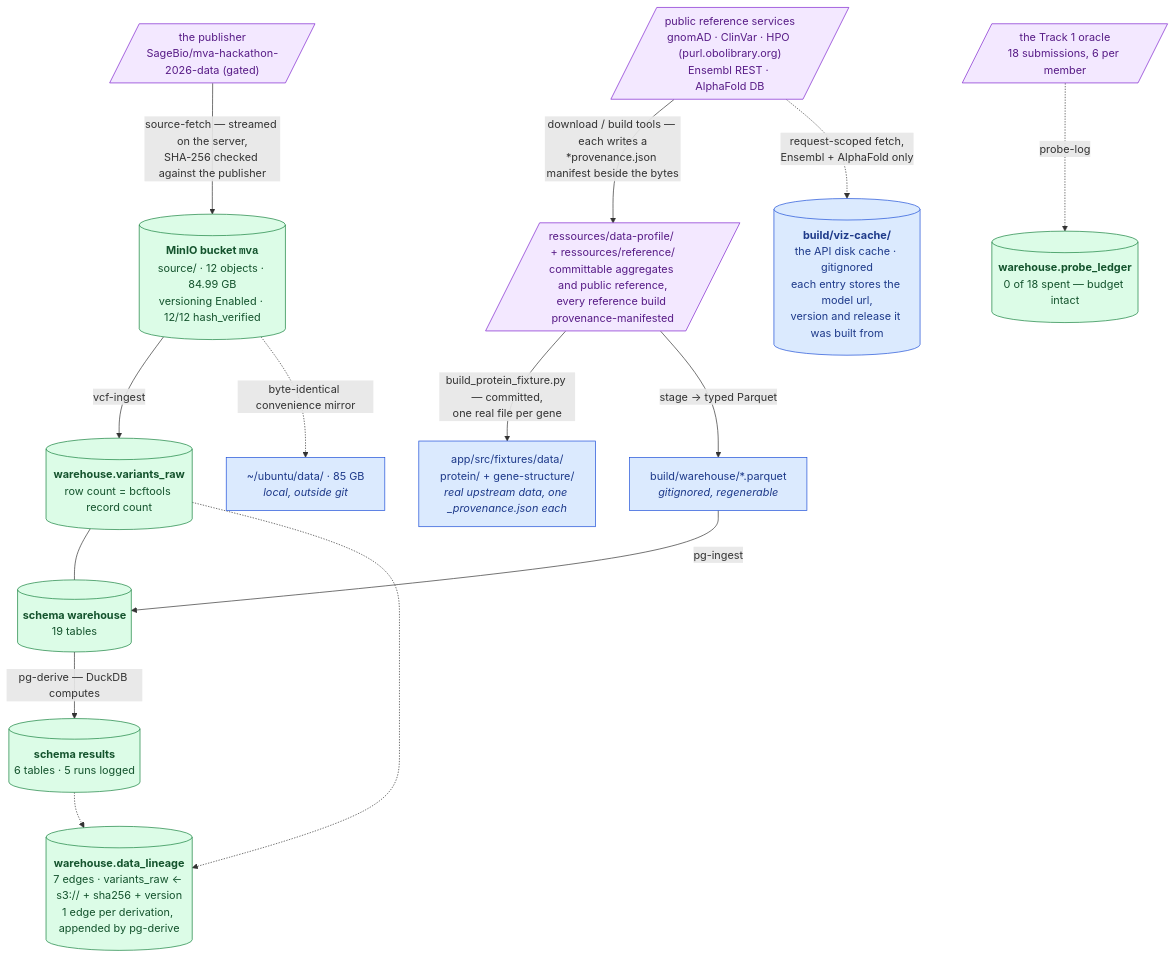
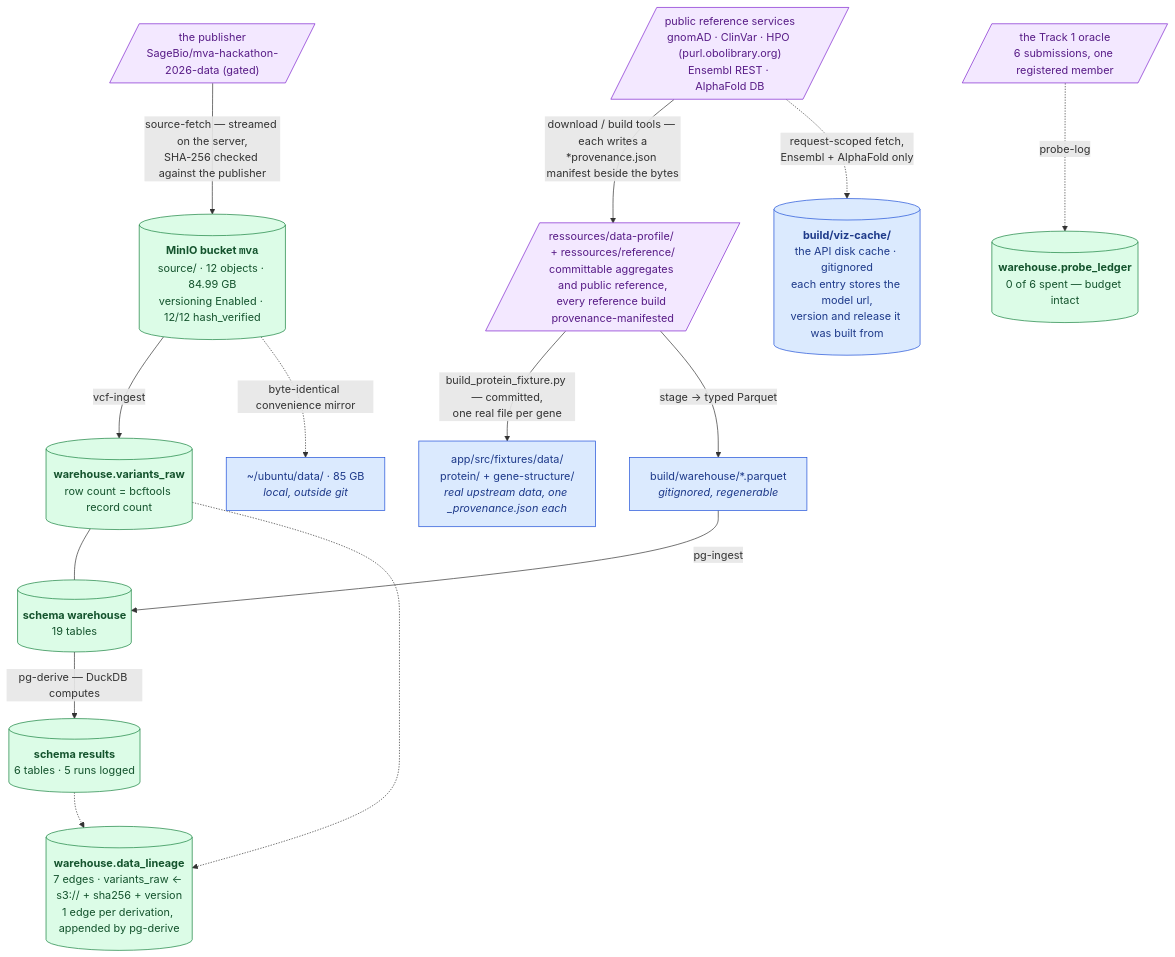
One commit to agharsallah/mva-hackathon changed the diagram in docs/current-state.md. Above: the diagram before and after it, drawn with Mermaid. The commit also changed other lines of this file and 23 other files, not shown here.

First line of the commit message:
docs: rewrite the roadmap for the solving phase; refresh current-state, decisions, index

````diff
--- a/docs/current-state.md
+++ b/docs/current-state.md
@@ -40,23 +41,23 @@
 ```mermaid
 flowchart TB
   PUB[/"the publisher<br/>SageBio/mva-hackathon-2026-data (gated)"/]:::raw
   PUB -->|"source-fetch — streamed on the server,<br/>SHA-256 checked against the publisher"| S3[("<b>MinIO bucket <code>mva</code></b><br/>source/ · 12 objects · 84.99 GB<br/>versioning Enabled · 12/12 hash_verified")]:::good
   S3 -->|"vcf-ingest"| RAW[("<b>warehouse.variants_raw</b><br/>row count = bcftools record count")]:::good
   PROF[/"ressources/data-profile/ + ressources/reference/<br/>committable aggregates and public reference,<br/>every reference build provenance-manifested"/]:::raw
   REF[/"public reference services<br/>gnomAD · ClinVar · HPO (purl.obolibrary.org)<br/>Ensembl REST · AlphaFold DB"/]:::raw
   REF -->|"download / build tools — each writes a<br/>*provenance.json manifest beside the bytes"| PROF
   REF -.->|"request-scoped fetch,<br/>Ensembl + AlphaFold only"| VCACHE[("<b>build/viz-cache/</b><br/>the API disk cache · gitignored<br/>each entry stores the model url,<br/>version and release it was built from")]:::neutral
   PROF -->|"build_protein_fixture.py — committed,<br/>one real file per gene"| FIX["app/src/fixtures/data/<br/>protein/ + gene-structure/<br/><i>real upstream data, one _provenance.json each</i>"]:::neutral
   PROF -->|"stage → typed Parquet"| BUILD["build/warehouse/*.parquet<br/><i>gitignored, regenerable</i>"]:::neutral
   BUILD -->|"pg-ingest"| WH[("<b>schema warehouse</b><br/>19 tables")]:::good
   RAW --- WH
   WH -->|"pg-derive — DuckDB computes"| RES[("<b>schema results</b><br/>6 tables · 5 runs logged")]:::good
   S3 -.->|"byte-identical convenience mirror"| MIR["~/ubuntu/data/ · 85 GB<br/><i>local, outside git</i>"]:::neutral
   RAW -.-> LIN[("<b>warehouse.data_lineage</b><br/>7 edges · variants_raw ← s3:// + sha256 + version<br/>1 edge per derivation, appended by pg-derive")]:::good
   RES -.-> LIN
-  ORACLE[/"the Track 1 oracle<br/>18 submissions, 6 per member"/]:::raw
-  ORACLE -.->|"probe-log"| PROBE[("<b>warehouse.probe_ledger</b><br/>0 of 18 spent — budget intact")]:::good
+  ORACLE[/"the Track 1 oracle<br/>6 submissions, one registered member"/]:::raw
+  ORACLE -.->|"probe-log"| PROBE[("<b>warehouse.probe_ledger</b><br/>0 of 6 spent — budget intact")]:::good
   classDef raw fill:#f3e8ff,stroke:#7e22ce,color:#581c87
   classDef good fill:#dcfce7,stroke:#15803d,color:#14532d
   classDef neutral fill:#dbeafe,stroke:#1d4ed8,color:#1e3a8a
 ```
````
